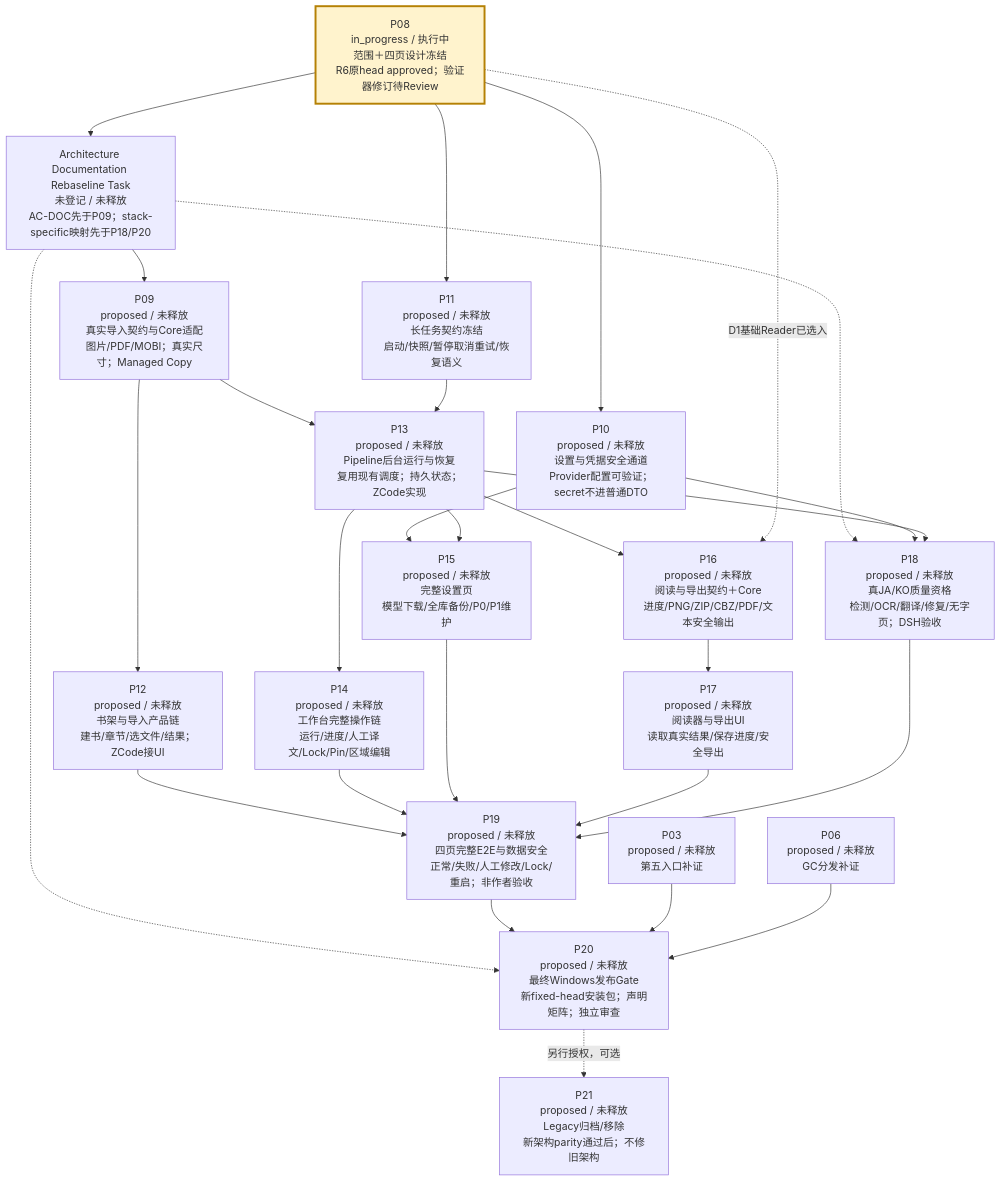
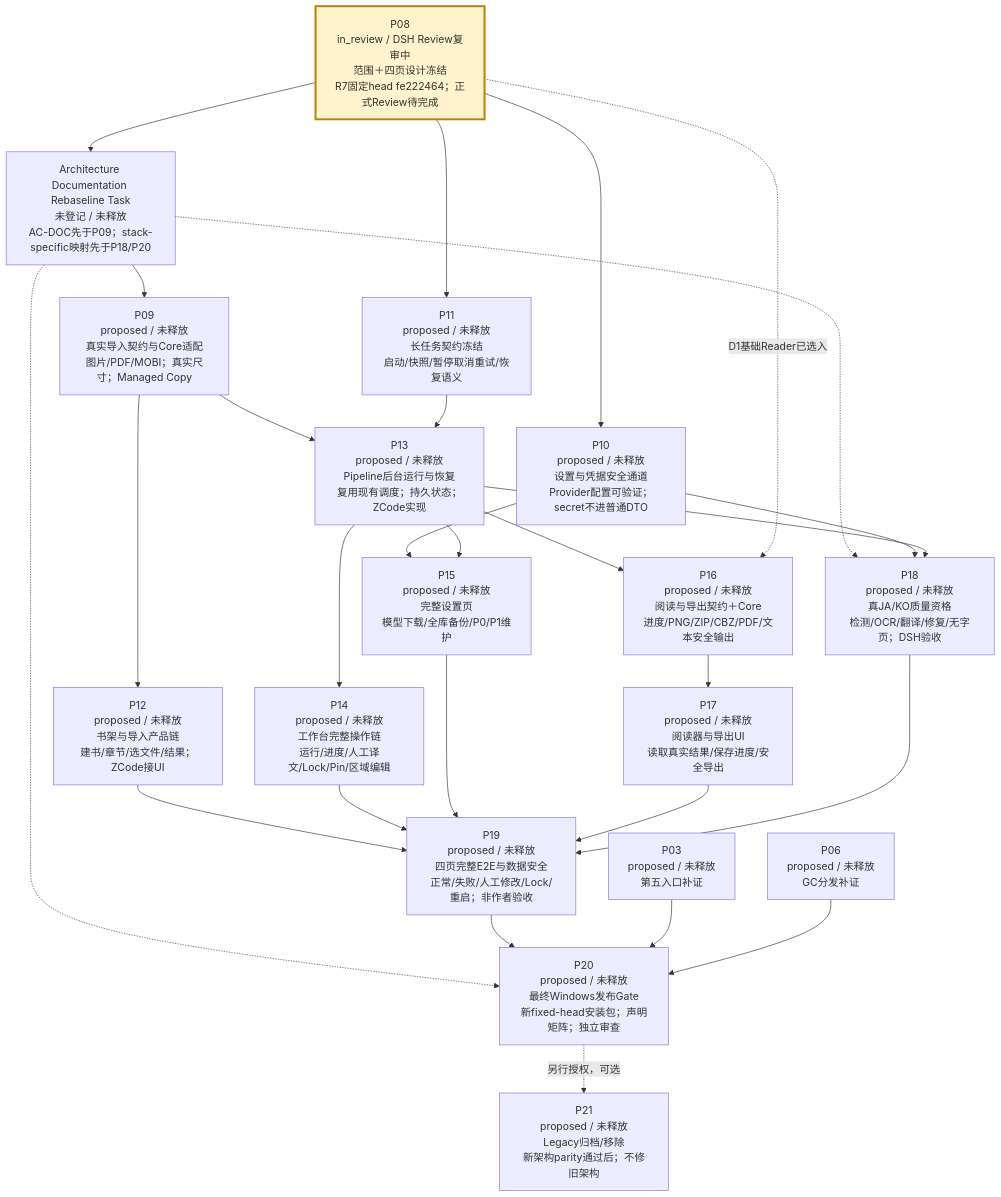
Before and after one commit to peakwheat-pixel/New-Manga: the third of 4 diagrams in verification/PROJECT-ROADMAP-20261008/ROADMAP.md, drawn with Mermaid. The commit also changed other lines of this file and 13 other files, not shown here.

````diff
--- a/verification/PROJECT-ROADMAP-20261008/ROADMAP.md
+++ b/verification/PROJECT-ROADMAP-20261008/ROADMAP.md
@@ -47,30 +47,30 @@
 ```mermaid
 flowchart TB
-  P08["P08<br/>in_progress / 执行中<br/>范围＋四页设计冻结<br/>R6原head approved；验证器修订待Review"] --> ARCHDOC["Architecture Documentation Rebaseline Task<br/>未登记 / 未释放<br/>AC-DOC先于P09；stack-specific映射先于P18/P20"]
+  P08["P08<br/>in_review / DSH Review复审中<br/>范围＋四页设计冻结<br/>R7固定head fe222464；正式Review待完成"] --> ARCHDOC["Architecture Documentation Rebaseline Task<br/>未登记 / 未释放<br/>AC-DOC先于P09；stack-specific映射先于P18/P20"]
   ARCHDOC --> P09["P09<br/>proposed / 未释放<br/>真实导入契约与Core适配<br/>图片/PDF/MOBI；真实尺寸；Managed Copy"]
   ARCHDOC -.-> P18
   ARCHDOC -.-> P20
   P08 --> P10["P10<br/>proposed / 未释放<br/>设置与凭据安全通道<br/>Provider配置可验证；secret不进普通DTO"]
   P08 --> P11["P11<br/>proposed / 未释放<br/>长任务契约冻结<br/>启动/快照/暂停取消重试/恢复语义"]
   P09 --> P12["P12<br/>proposed / 未释放<br/>书架与导入产品链<br/>建书/章节/选文件/结果；ZCode接UI"]
   P09 --> P13["P13<br/>proposed / 未释放<br/>Pipeline后台运行与恢复<br/>复用现有调度；持久状态；ZCode实现"]
   P11 --> P13
   P13 --> P14["P14<br/>proposed / 未释放<br/>工作台完整操作链<br/>运行/进度/人工译文/Lock/Pin/区域编辑"]
   P10 --> P15["P15<br/>proposed / 未释放<br/>完整设置页<br/>模型下载/全库备份/P0/P1维护"]
   P13 --> P15
   P13 --> P16["P16<br/>proposed / 未释放<br/>阅读与导出契约＋Core<br/>进度/PNG/ZIP/CBZ/PDF/文本安全输出"]
   P08 -. "D1基础Reader已选入" .-> P16
   P16 --> P17["P17<br/>proposed / 未释放<br/>阅读器与导出UI<br/>读取真实结果/保存进度/安全导出"]
   P10 --> P18["P18<br/>proposed / 未释放<br/>真JA/KO质量资格<br/>检测/OCR/翻译/修复/无字页；DSH验收"]
   P13 --> P18
   P12 --> P19["P19<br/>proposed / 未释放<br/>四页完整E2E与数据安全<br/>正常/失败/人工修改/Lock/重启；非作者验收"]
   P14 --> P19
   P15 --> P19
   P17 --> P19
   P18 --> P19
   P19 --> P20["P20<br/>proposed / 未释放<br/>最终Windows发布Gate<br/>新fixed-head安装包；声明矩阵；独立审查"]
   P03["P03<br/>proposed / 未释放<br/>第五入口补证"] --> P20
   P06["P06<br/>proposed / 未释放<br/>GC分发补证"] --> P20
   P20 -. "另行授权，可选" .-> P21["P21<br/>proposed / 未释放<br/>Legacy归档/移除<br/>新架构parity通过后；不修旧架构"]
   style P08 fill:#fff3cd,stroke:#b58105,stroke-width:3px
 ```
````
